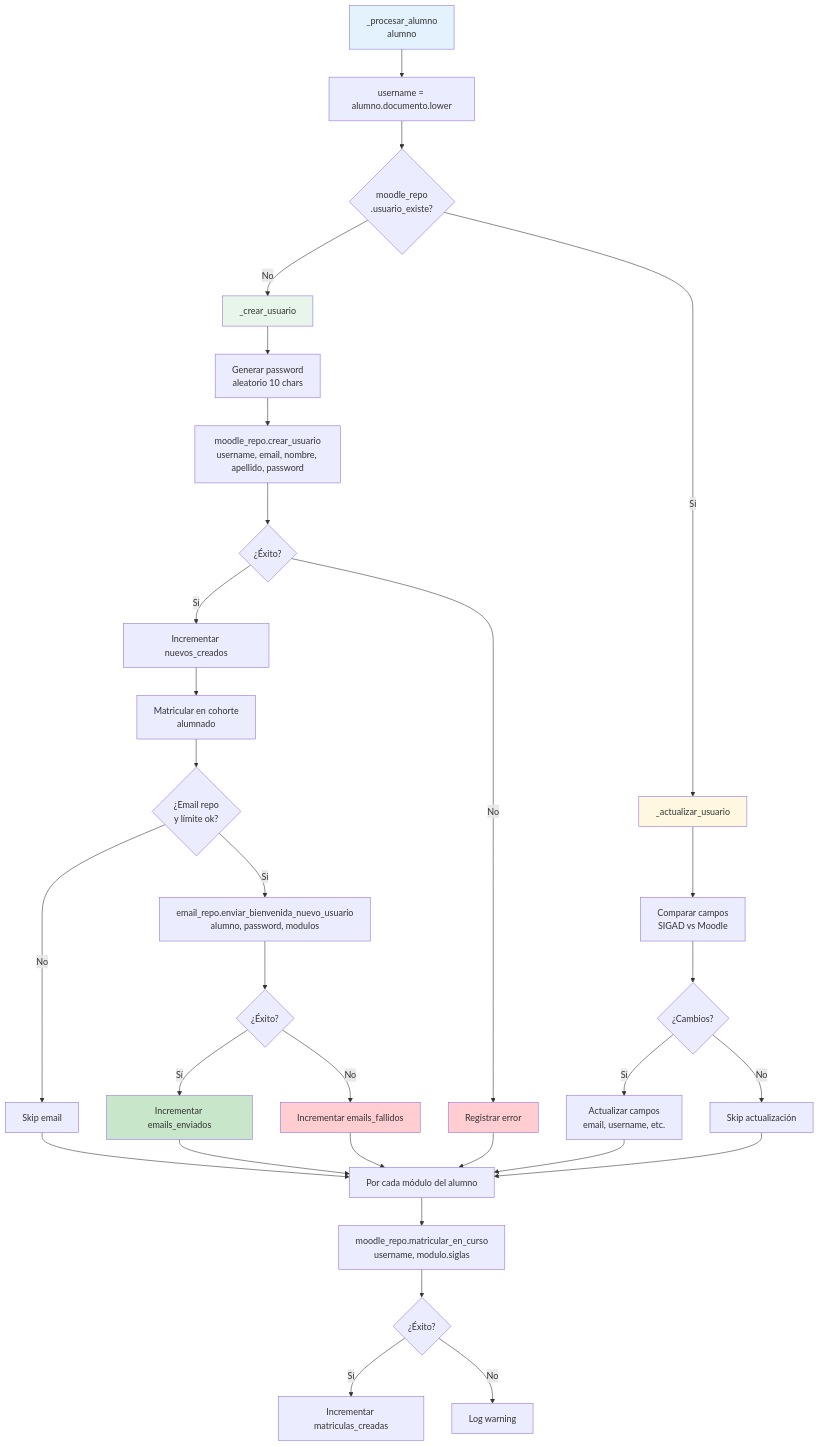
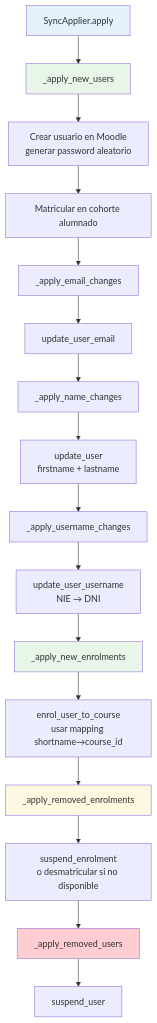
One commit to FPVirtual/fp-virtual-gestion-alumnos changed the seventh of 10 diagrams in docus/flujos.md. Above: the diagram before and after it, drawn with Mermaid. The commit also changed other lines of this file and 25 other files, not shown here.

````diff
--- a/docus/flujos.md
+++ b/docus/flujos.md
@@ -201,45 +283,30 @@
 ```mermaid
 flowchart TD
-    A[_procesar_alumno<br/>alumno] --> B[username = alumno.documento.lower]
-    B --> C{moodle_repo<br/>.usuario_existe?}
+    A[SyncApplier.apply] --> B[_apply_new_users]
+    B --> B1[Crear usuario en Moodle<br/>generar password aleatorio]
+    B1 --> B2[Matricular en cohorte alumnado]
 
-    C -->|No| D[_crear_usuario]
-    C -->|Sí| E[_actualizar_usuario]
+    B2 --> C[_apply_email_changes]
+    C --> C1[update_user_email]
 
-    D --> D1[Generar password<br/>aleatorio 10 chars]
-    D1 --> D2[moodle_repo.crear_usuario<br/>username, email, nombre, apellido, password]
-    D2 --> D3{¿Éxito?}
-    D3 -->|Sí| D4[Incrementar nuevos_creados]
-    D3 -->|No| D5[Registrar error]
-    D4 --> D6[Matricular en cohorte<br/>alumnado]
-    D6 --> D7{¿Email repo<br/>y límite ok?}
-    D7 -->|Sí| D8[email_repo.enviar_bienvenida_nuevo_usuario<br/>alumno, password, modulos]
-    D8 --> D9{¿Éxito?}
-    D9 -->|Sí| D10[Incrementar emails_enviados]
-    D9 -->|No| D11[Incrementar emails_fallidos]
-    D7 -->|No| D12[Skip email]
+    C1 --> D[_apply_name_changes]
+    D --> D1[update_user<br/>firstname + lastname]
 
-    E --> E1[Comparar campos<br/>SIGAD vs Moodle]
-    E1 --> E2{¿Cambios?}
-    E2 -->|Sí| E3[Actualizar campos<br/>email, username, etc.]
-    E2 -->|No| E4[Skip actualización]
+    D1 --> E[_apply_username_changes]
+    E --> E1[update_user_username<br/>NIE → DNI]
 
-    D12 --> F
-    D10 --> F
-    D11 --> F
-    D5 --> F
-    E3 --> F
-    E4 --> F
+    E1 --> F[_apply_new_enrolments]
+    F --> F1[enrol_user_to_course<br/>usar mapping shortname→course_id]
 
-    F[Por cada módulo del alumno] --> G[moodle_repo.matricular_en_curso<br/>username, modulo.siglas]
-    G --> H{¿Éxito?}
-    H -->|Sí| I[Incrementar matriculas_creadas]
-    H -->|No| J[Log warning]
+    F1 --> G[_apply_removed_enrolments]
+    G --> G1[suspend_enrolment<br/>o desmatricular si no disponible]
+
+    G1 --> H[_apply_removed_users]
+    H --> H1[suspend_user]
 
     style A fill:#e3f2fd
-    style D fill:#e8f5e9
-    style E fill:#fff8e1
-    style D10 fill:#c8e6c9
-    style D11 fill:#ffcdd2
-    style D5 fill:#ffcdd2
+    style B fill:#e8f5e9
+    style F fill:#e8f5e9
+    style G fill:#fff8e1
+    style H fill:#ffcdd2
 ```
````
